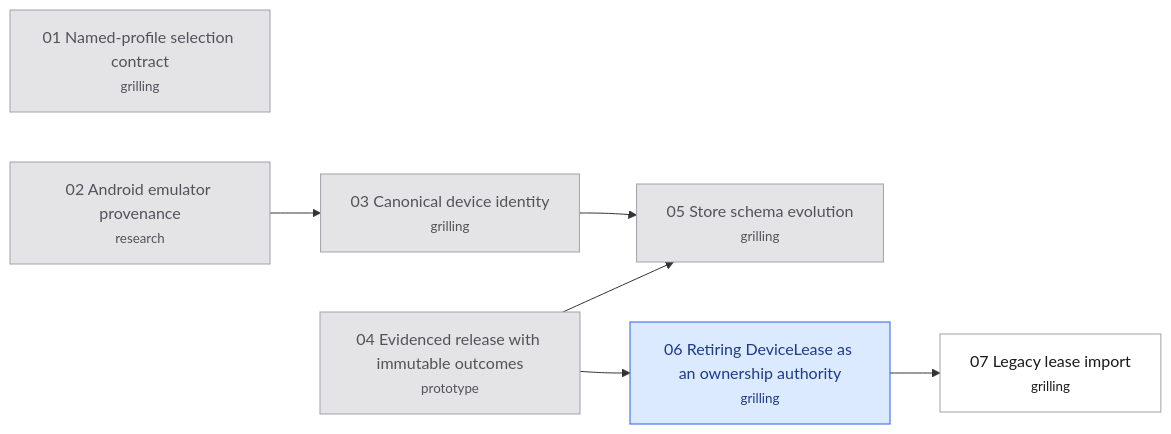
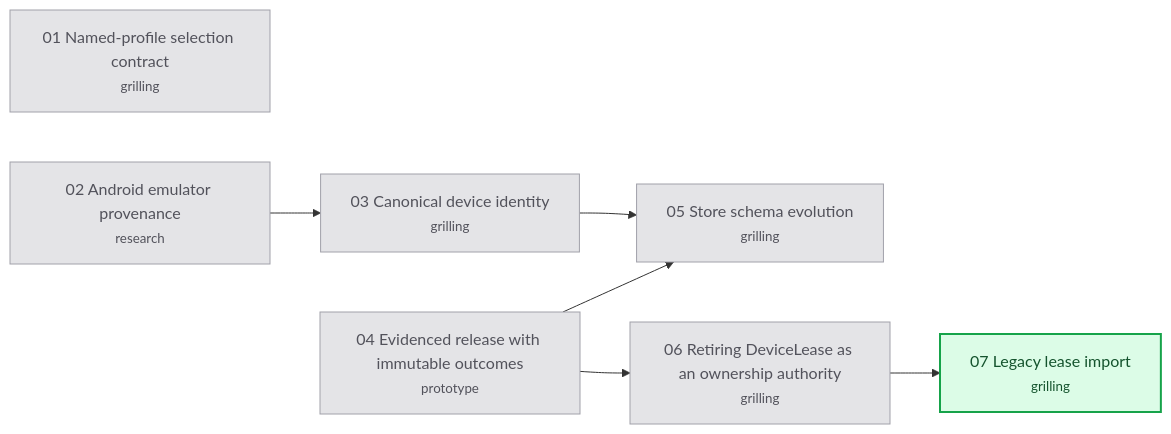
Before and after one commit to hugues-vnsgn/jev-ios-bridge: the diagram in .scratch/appium-phase2/map.md, drawn with Mermaid. The commit also changed other lines of this file and 4 other files, not shown here.

````diff
--- a/.scratch/appium-phase2/map.md
+++ b/.scratch/appium-phase2/map.md
@@ -42,22 +43,21 @@
 ```mermaid
 flowchart LR
     T01["01 Named-profile selection contract<br/><small>grilling</small>"]
     T02["02 Android emulator provenance<br/><small>research</small>"]
     T03["03 Canonical device identity<br/><small>grilling</small>"]
     T04["04 Evidenced release with immutable outcomes<br/><small>prototype</small>"]
     T05["05 Store schema evolution<br/><small>grilling</small>"]
     T06["06 Retiring DeviceLease as an ownership authority<br/><small>grilling</small>"]
     T07["07 Legacy lease import<br/><small>grilling</small>"]
     T02 --> T03
     T03 --> T05
     T04 --> T05
     T04 --> T06
     T06 --> T07
     classDef resolved fill:#e4e4e7,stroke:#a1a1aa,color:#52525b
     classDef claimed fill:#dbeafe,stroke:#2563eb,color:#1e3a8a
     classDef frontier fill:#dcfce7,stroke:#16a34a,color:#14532d,stroke-width:2px
     classDef blocked fill:#ffffff,stroke:#a1a1aa,color:#18181b
-    class T01,T02,T03,T04,T05 resolved
-    class T06 claimed
-    class T07 blocked
+    class T01,T02,T03,T04,T05,T06 resolved
+    class T07 frontier
 ```
````
